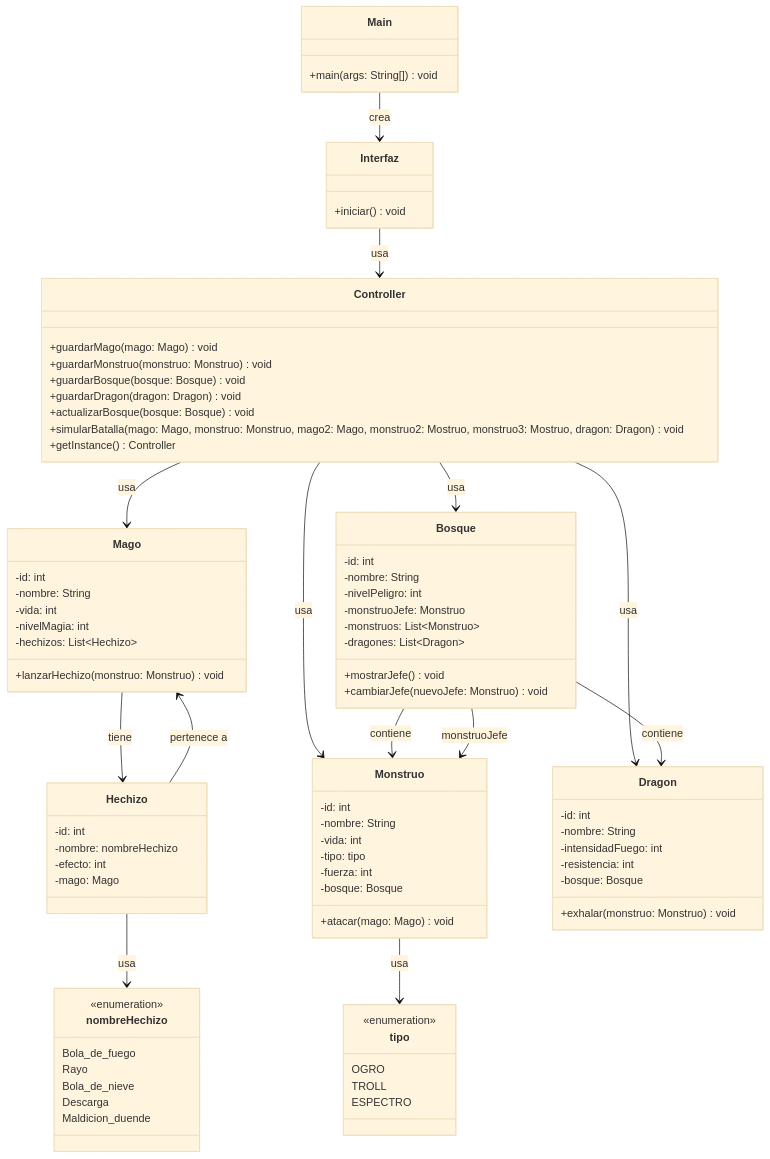
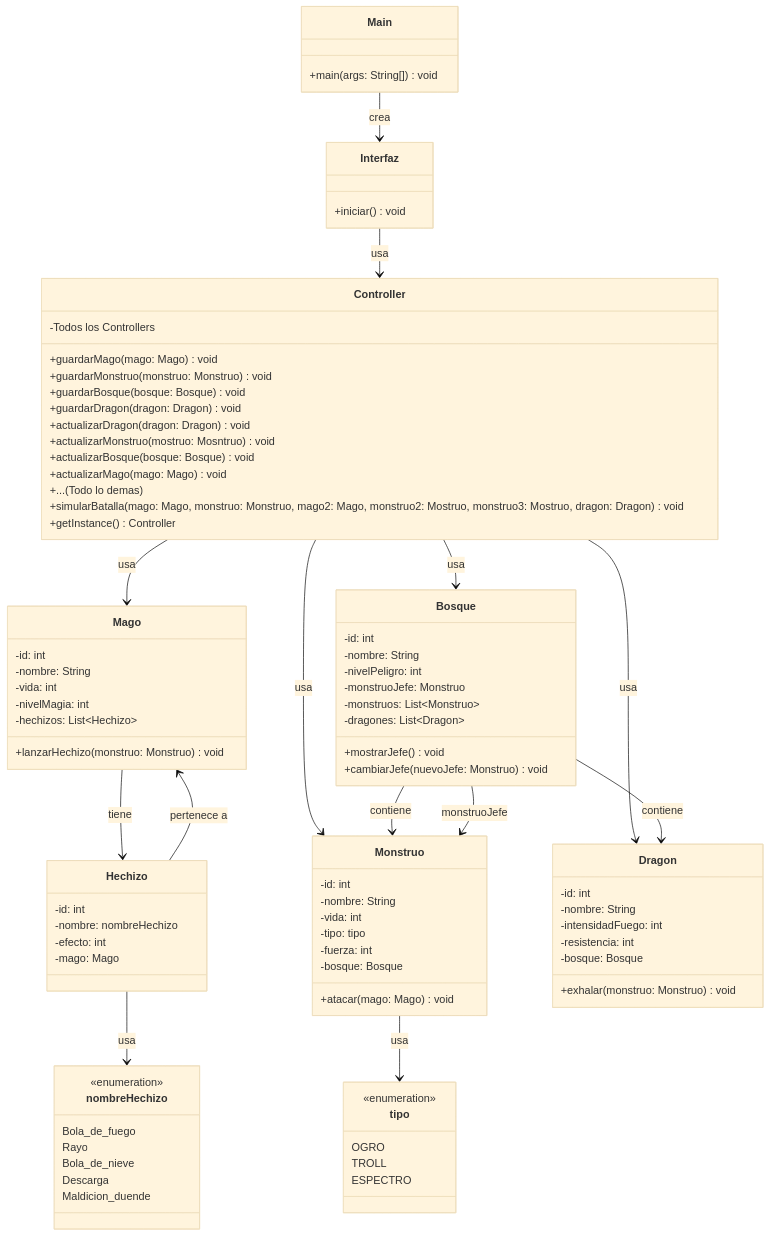
One commit to FernandoAR1/Dragonlandia changed the first of 2 diagrams in README.md. Above: the diagram before and after it, drawn with Mermaid (base theme). The commit also changed other lines of this file, not shown here.

Commit message:
arreglado readme

```diff
--- a/README.md
+++ b/README.md
@@ -19,11 +19,16 @@
     }
 
     class Controller {
+        -Todos los Controllers
         +guardarMago(mago: Mago) void
         +guardarMonstruo(monstruo: Monstruo) void
         +guardarBosque(bosque: Bosque) void
         +guardarDragon(dragon: Dragon) void
+        +actualizarDragon(dragon: Dragon) void
+        +actualizarMonstruo(mostruo: Mosntruo) void
         +actualizarBosque(bosque: Bosque) void
+        +actualizarMago(mago: Mago) void
+        +...(Todo lo demas)
         +simularBatalla(mago: Mago, monstruo: Monstruo, mago2: Mago, monstruo2: Mostruo, monstruo3: Mostruo, dragon: Dragon) void
         +getInstance() Controller
     }
```
